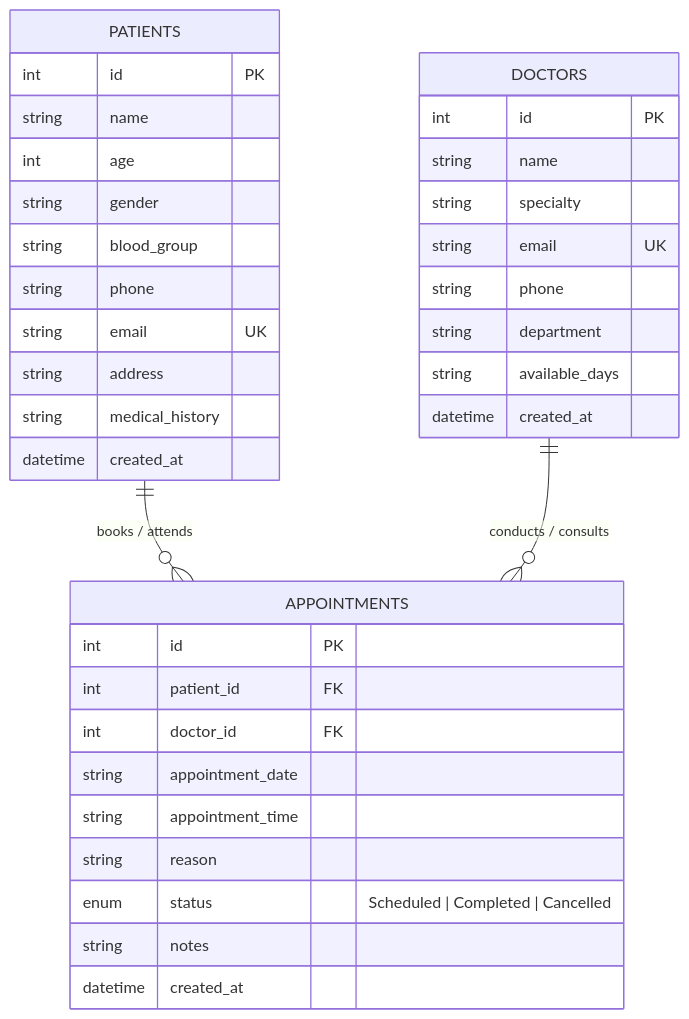
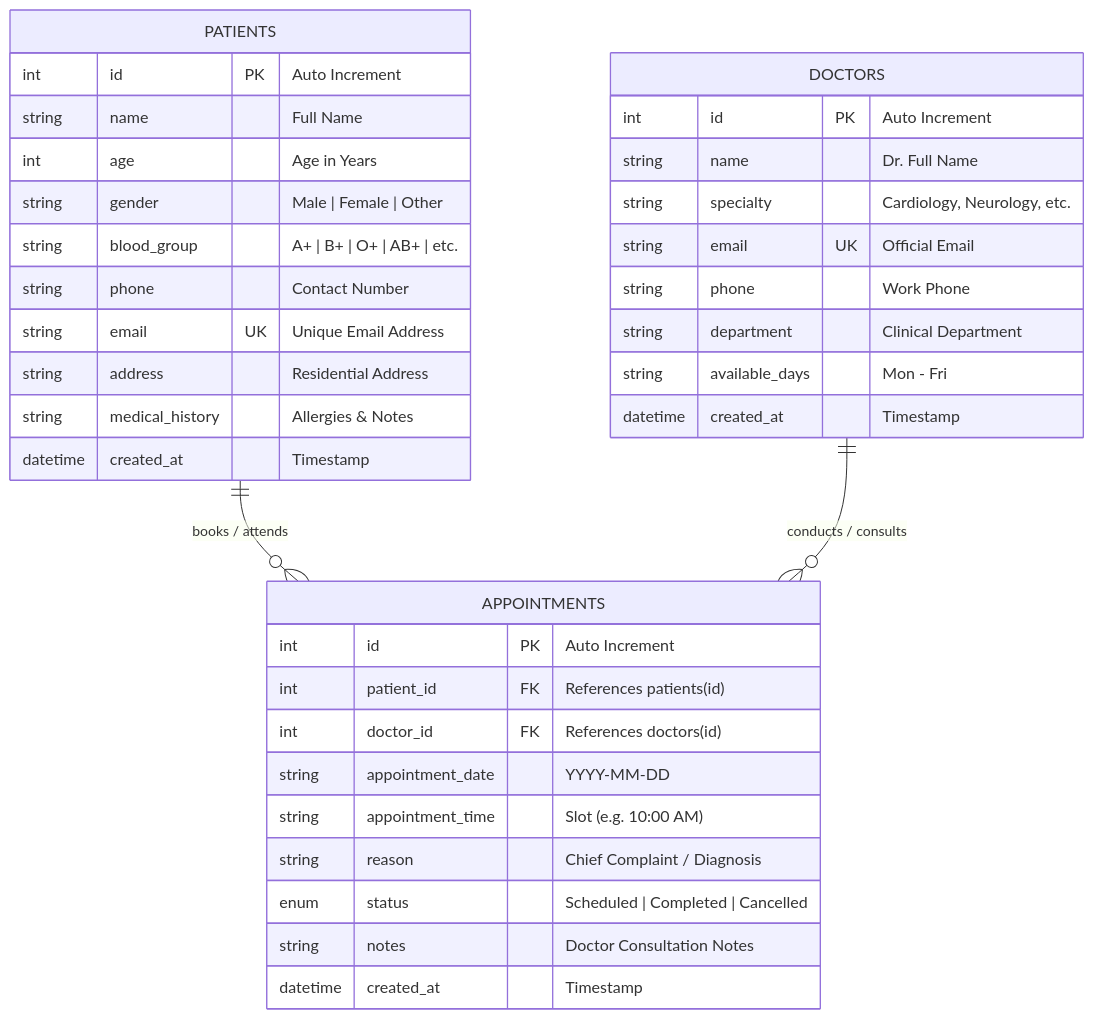
The second of 2 diagrams in BACSE344_CloudMed_Final_Assignment_Report.md (cain32155/cloudmed-bacse344), drawn with Mermaid before and after one commit. The commit also changed other lines of this file and 1 other file, not shown here.

````diff
--- a/BACSE344_CloudMed_Final_Assignment_Report.md
+++ b/BACSE344_CloudMed_Final_Assignment_Report.md
@@ -91,41 +105,41 @@
 ```mermaid
 erDiagram
     PATIENTS ||--o{ APPOINTMENTS : "books / attends"
     DOCTORS ||--o{ APPOINTMENTS : "conducts / consults"
 
     PATIENTS {
-        int id PK
-        string name
-        int age
-        string gender
-        string blood_group
-        string phone
-        string email UK
-        string address
-        string medical_history
-        datetime created_at
+        int id PK "Auto Increment"
+        string name "Full Name"
+        int age "Age in Years"
+        string gender "Male | Female | Other"
+        string blood_group "A+ | B+ | O+ | AB+ | etc."
+        string phone "Contact Number"
+        string email UK "Unique Email Address"
+        string address "Residential Address"
+        string medical_history "Allergies & Notes"
+        datetime created_at "Timestamp"
     }
 
     DOCTORS {
-        int id PK
-        string name
-        string specialty
-        string email UK
-        string phone
-        string department
-        string available_days
-        datetime created_at
+        int id PK "Auto Increment"
+        string name "Dr. Full Name"
+        string specialty "Cardiology, Neurology, etc."
+        string email UK "Official Email"
+        string phone "Work Phone"
+        string department "Clinical Department"
+        string available_days "Mon - Fri"
+        datetime created_at "Timestamp"
     }
 
     APPOINTMENTS {
-        int id PK
-        int patient_id FK
-        int doctor_id FK
-        string appointment_date
-        string appointment_time
-        string reason
+        int id PK "Auto Increment"
+        int patient_id FK "References patients(id)"
+        int doctor_id FK "References doctors(id)"
+        string appointment_date "YYYY-MM-DD"
+        string appointment_time "Slot (e.g. 10:00 AM)"
+        string reason "Chief Complaint / Diagnosis"
         enum status "Scheduled | Completed | Cancelled"
-        string notes
-        datetime created_at
+        string notes "Doctor Consultation Notes"
+        datetime created_at "Timestamp"
     }
 ```
````
